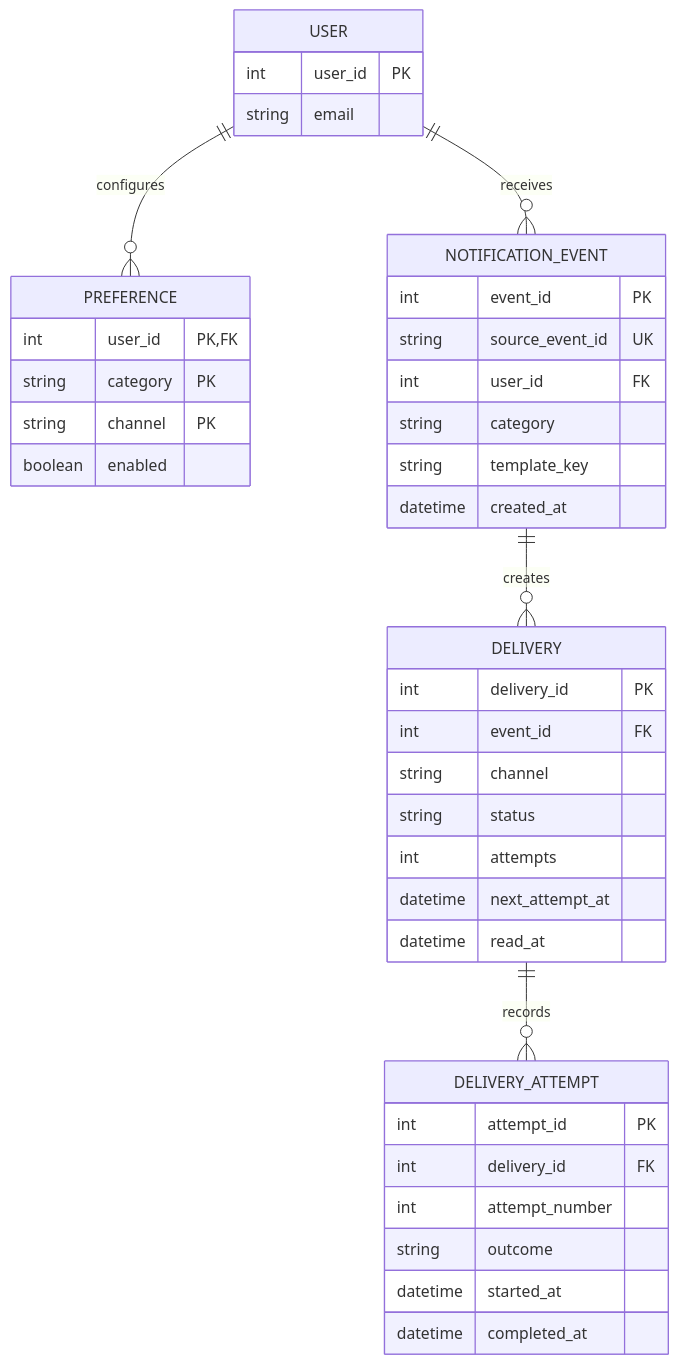
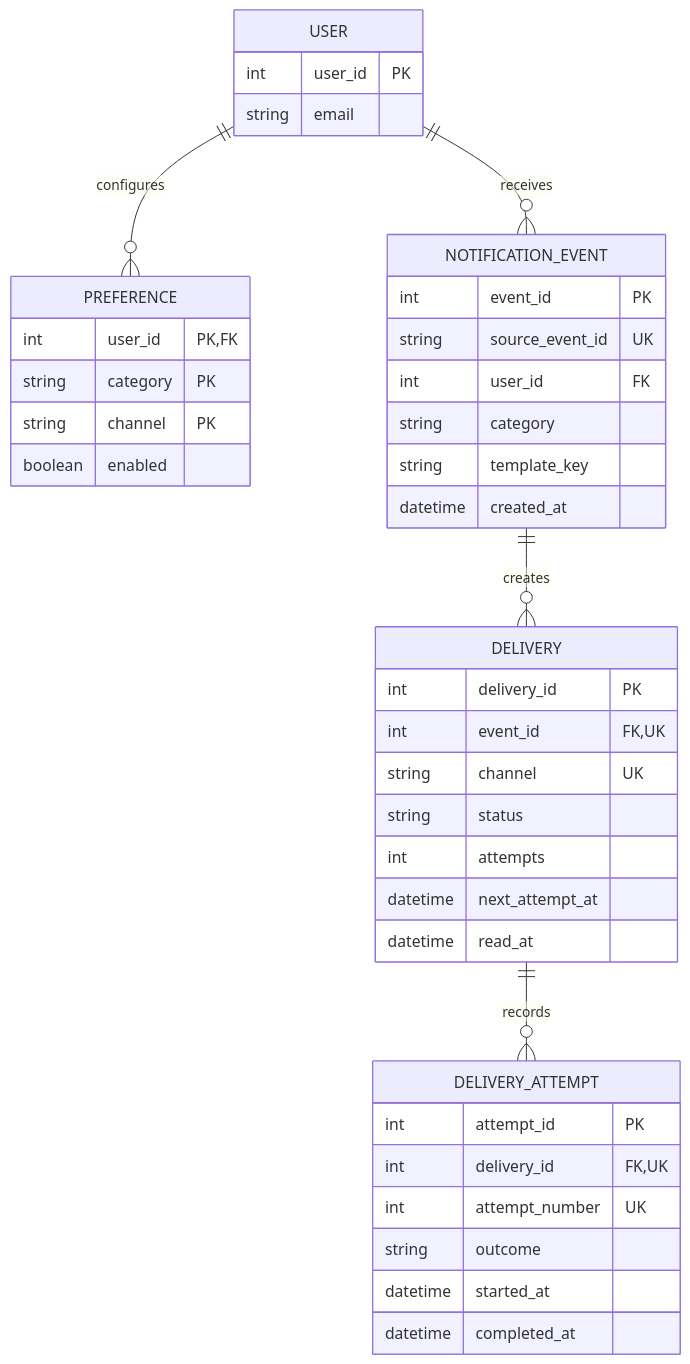
Before and after one commit to ehuerta6/bloomberg-interview-practice: the second of 2 diagrams in solutions/system-design/09-notification-delivery-system.md, drawn with Mermaid. The commit also changed other lines of this file and 16 other files, not shown here.

````diff
--- a/solutions/system-design/09-notification-delivery-system.md
+++ b/solutions/system-design/09-notification-delivery-system.md
@@ -46,43 +45,43 @@
 ```mermaid
 erDiagram
     USER ||--o{ PREFERENCE : configures
     USER ||--o{ NOTIFICATION_EVENT : receives
     NOTIFICATION_EVENT ||--o{ DELIVERY : creates
     DELIVERY ||--o{ DELIVERY_ATTEMPT : records
 
     USER {
         int user_id PK
         string email
     }
     PREFERENCE {
         int user_id PK, FK
         string category PK
         string channel PK
         boolean enabled
     }
     NOTIFICATION_EVENT {
         int event_id PK
         string source_event_id UK
         int user_id FK
         string category
         string template_key
         datetime created_at
     }
     DELIVERY {
         int delivery_id PK
-        int event_id FK
-        string channel
+        int event_id FK, UK
+        string channel UK
         string status
         int attempts
         datetime next_attempt_at
         datetime read_at
     }
     DELIVERY_ATTEMPT {
         int attempt_id PK
-        int delivery_id FK
-        int attempt_number
+        int delivery_id FK, UK
+        int attempt_number UK
         string outcome
         datetime started_at
         datetime completed_at
     }
 ```
````
